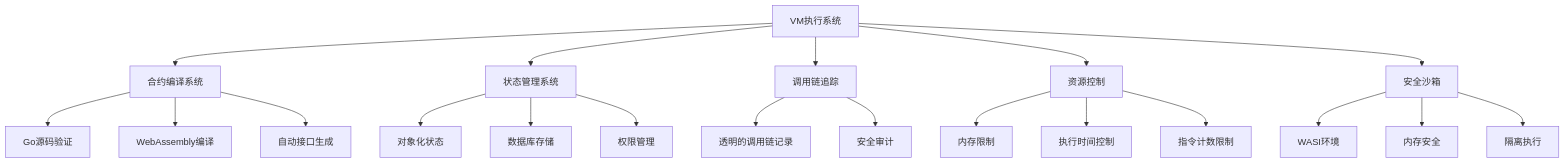
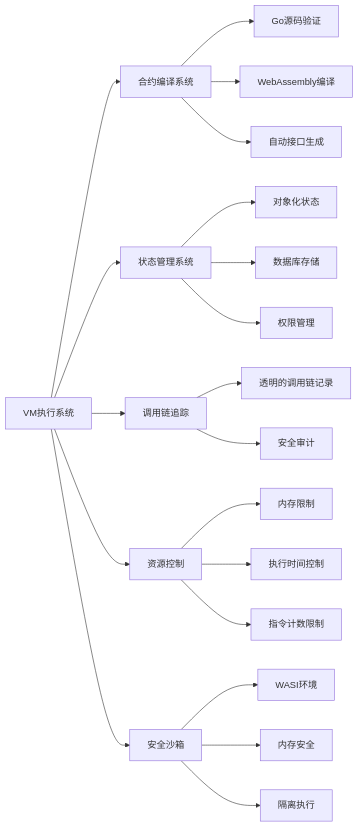
The first of 5 diagrams in docs/zh/vm_architecture.md (govm-net/vm), drawn with Mermaid before and after one commit. The commit also changed 6 other files, not shown here.

````diff
--- a/docs/zh/vm_architecture.md
+++ b/docs/zh/vm_architecture.md
@@ -17,27 +17,27 @@
 ```mermaid
-flowchart TD
+flowchart LR
     A[VM执行系统] --> B[合约编译系统]
     A --> C[状态管理系统]
     A --> D[调用链追踪]
     A --> E[资源控制]
     A --> F[安全沙箱]
     
     B --> B1[Go源码验证]
     B --> B2[WebAssembly编译]
     B --> B3[自动接口生成]
     
     C --> C1[对象化状态]
     C --> C2[数据库存储]
     C --> C3[权限管理]
     
     D --> D1[透明的调用链记录]
     D --> D2[安全审计]
     
     E --> E1[内存限制]
     E --> E2[执行时间控制]
     E --> E3[指令计数限制]
     
     F --> F1[WASI环境]
     F --> F2[内存安全]
     F --> F3[隔离执行]
 ```
````
